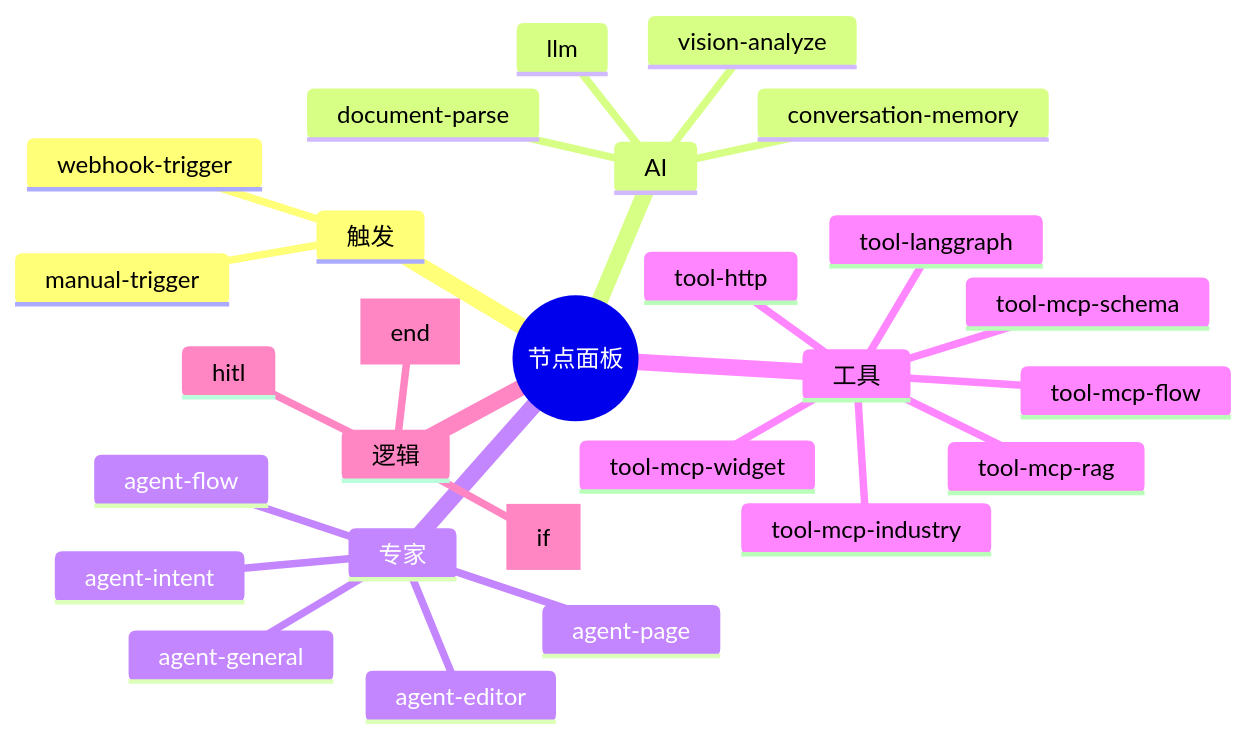
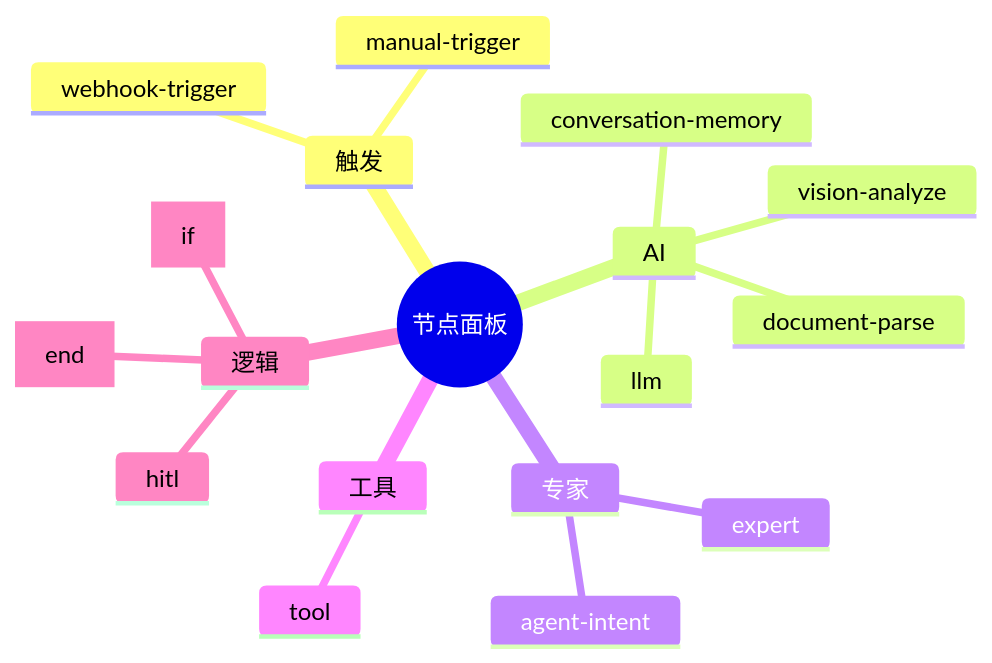
Before and after one commit to nan1010082085/ai-platform: the second of 10 diagrams in docs/design/workflows.md, drawn with Mermaid. The commit also changed other lines of this file and 85 other files, not shown here.

````diff
--- a/docs/design/workflows.md
+++ b/docs/design/workflows.md
@@ -76,30 +76,21 @@
 ```mermaid
 mindmap
   root((节点面板))
     触发
       manual-trigger
       webhook-trigger
     AI
       llm
       document-parse
       vision-analyze
       conversation-memory
     专家
       agent-intent
-      agent-editor
-      agent-flow
-      agent-page
-      agent-general
+      expert
     工具
-      tool-mcp-schema
-      tool-mcp-flow
-      tool-mcp-widget
-      tool-mcp-rag
-      tool-mcp-industry
-      tool-langgraph
-      tool-http
+      tool
     逻辑
       [if]
       hitl
       [end]
 ```
````
